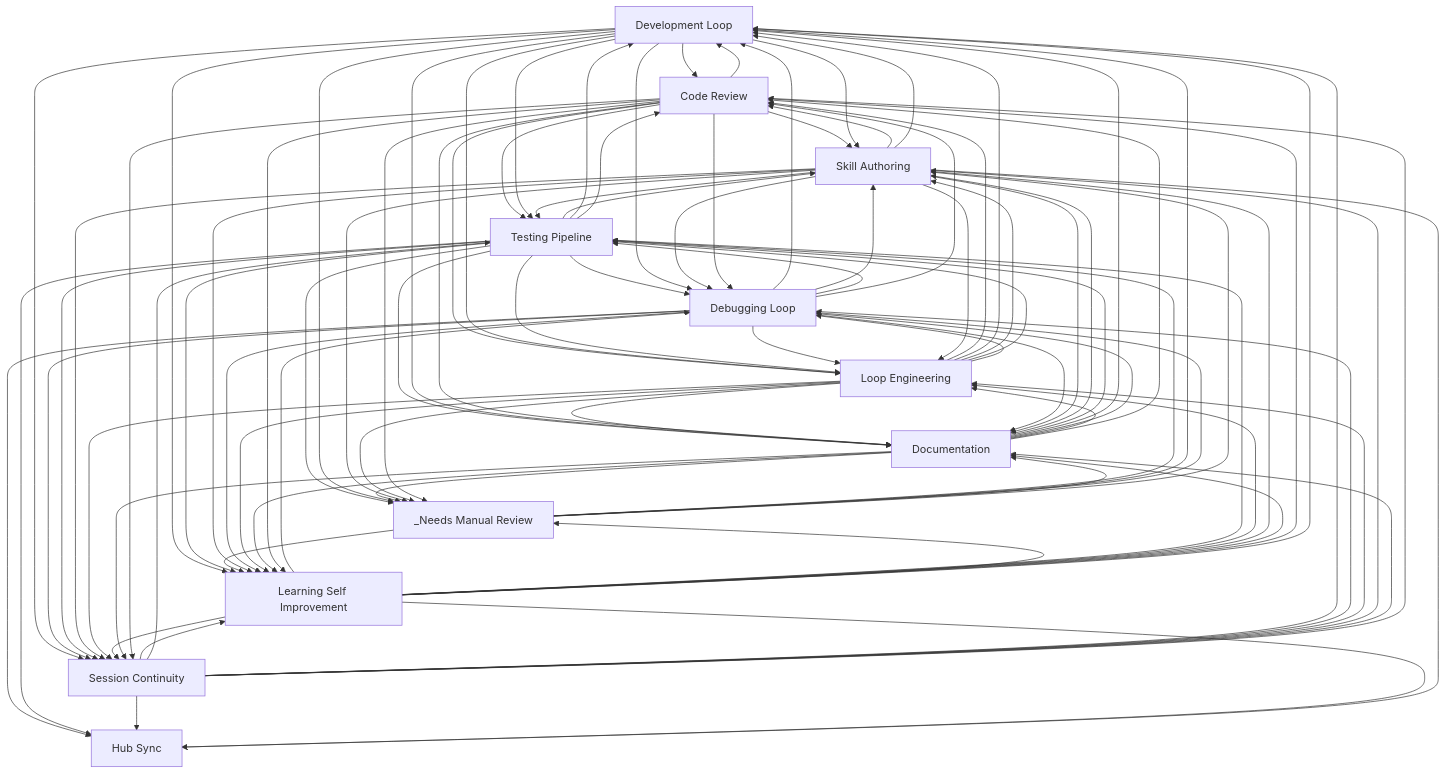
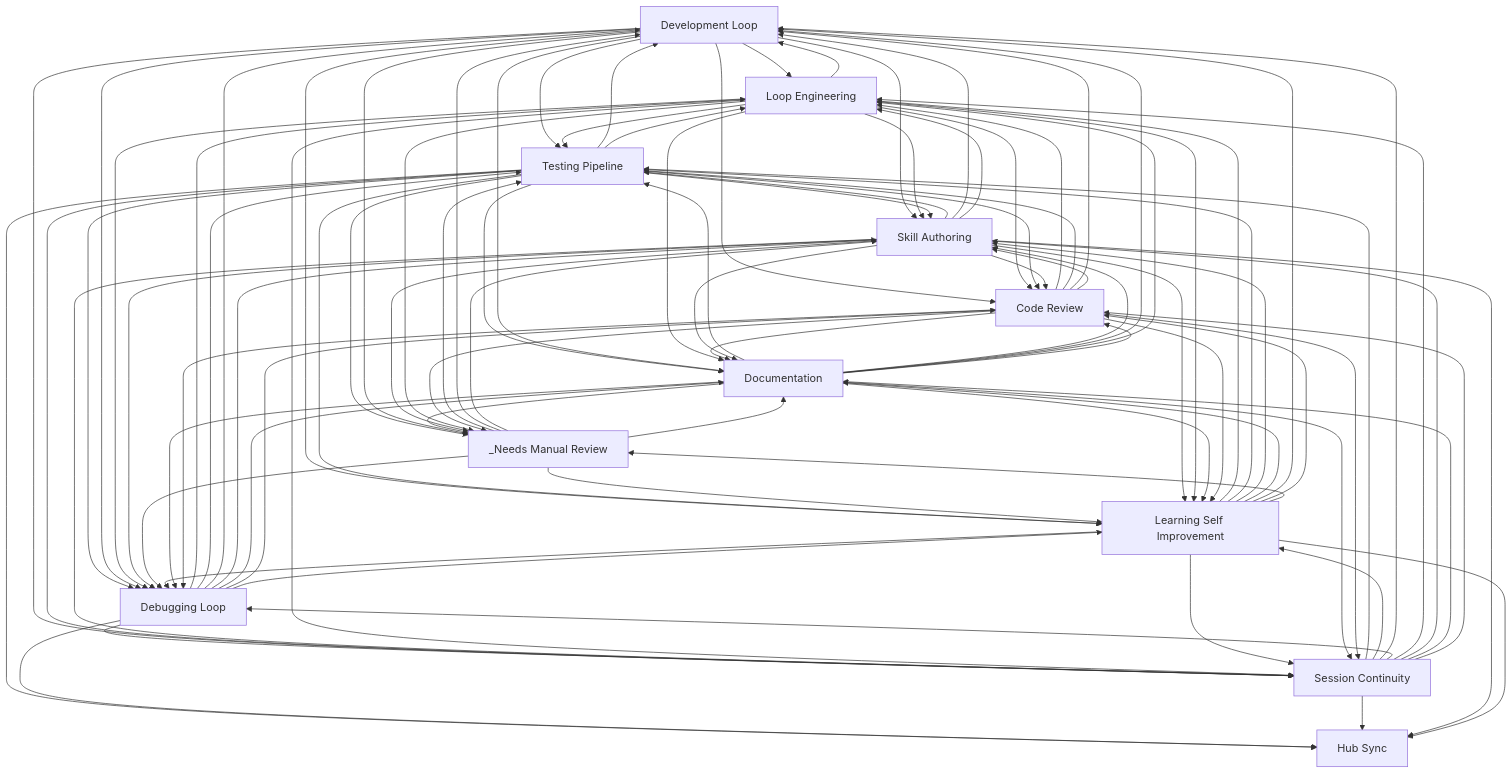
The diagram in docs/workflows/INDEX.md (abhayla/claude-best-practices), drawn with Mermaid before and after one commit. The commit also changed other lines of this file and 13 other files, not shown here.

````diff
--- a/docs/workflows/INDEX.md
+++ b/docs/workflows/INDEX.md
@@ -33,20 +33,20 @@
     documentation[Documentation]
     hub_sync[Hub Sync]
     _needs_manual_review[_Needs Manual Review]
-    loop_engineering --> code_review
+    code_review --> loop_engineering
+    code_review --> testing_pipeline
+    code_review --> development_loop
+    code_review --> skill_authoring
+    development_loop --> loop_engineering
+    development_loop --> testing_pipeline
+    development_loop --> skill_authoring
+    development_loop --> code_review
+    loop_engineering --> testing_pipeline
     loop_engineering --> development_loop
     loop_engineering --> skill_authoring
-    loop_engineering --> testing_pipeline
-    code_review --> development_loop
-    code_review --> skill_authoring
-    code_review --> testing_pipeline
-    code_review --> loop_engineering
-    development_loop --> code_review
-    development_loop --> skill_authoring
-    development_loop --> testing_pipeline
-    development_loop --> loop_engineering
+    loop_engineering --> code_review
+    testing_pipeline --> skill_authoring
     skill_authoring --> testing_pipeline
-    testing_pipeline --> skill_authoring
     testing_pipeline --> development_loop
     _needs_manual_review --> testing_pipeline
     _needs_manual_review --> development_loop
@@ -54,73 +54,73 @@
     testing_pipeline --> loop_engineering
     testing_pipeline --> documentation
     testing_pipeline --> code_review
+    debugging_loop --> loop_engineering
+    debugging_loop --> testing_pipeline
     debugging_loop --> development_loop
     debugging_loop --> skill_authoring
-    debugging_loop --> testing_pipeline
-    debugging_loop --> loop_engineering
     development_loop --> debugging_loop
     development_loop --> documentation
     loop_engineering --> documentation
-    skill_authoring --> loop_engineering
     skill_authoring --> code_review
     skill_authoring --> development_loop
+    skill_authoring --> loop_engineering
+    documentation --> testing_pipeline
     documentation --> skill_authoring
-    documentation --> testing_pipeline
     documentation --> development_loop
     testing_pipeline --> _needs_manual_review
     development_loop --> _needs_manual_review
     code_review --> documentation
+    session_continuity --> testing_pipeline
     session_continuity --> learning_self_improvement
-    session_continuity --> testing_pipeline
+    development_loop --> learning_self_improvement
     development_loop --> session_continuity
-    development_loop --> learning_self_improvement
     testing_pipeline --> learning_self_improvement
     _needs_manual_review --> learning_self_improvement
     loop_engineering --> debugging_loop
+    testing_pipeline --> session_continuity
+    testing_pipeline --> hub_sync
     debugging_loop --> session_continuity
     debugging_loop --> hub_sync
-    testing_pipeline --> session_continuity
-    testing_pipeline --> hub_sync
     debugging_loop --> documentation
     debugging_loop --> code_review
+    skill_authoring --> session_continuity
     session_continuity --> development_loop
-    skill_authoring --> session_continuity
     skill_authoring --> learning_self_improvement
+    skill_authoring --> debugging_loop
     session_continuity --> debugging_loop
     session_continuity --> loop_engineering
-    skill_authoring --> debugging_loop
     loop_engineering --> session_continuity
     _needs_manual_review --> debugging_loop
     debugging_loop --> learning_self_improvement
     skill_authoring --> documentation
+    _needs_manual_review --> skill_authoring
     _needs_manual_review --> documentation
-    _needs_manual_review --> skill_authoring
     documentation --> _needs_manual_review
     learning_self_improvement --> debugging_loop
+    learning_self_improvement --> loop_engineering
     learning_self_improvement --> testing_pipeline
     learning_self_improvement --> session_continuity
-    learning_self_improvement --> loop_engineering
     learning_self_improvement --> skill_authoring
     learning_self_improvement --> documentation
+    learning_self_improvement --> development_loop
     learning_self_improvement --> code_review
-    learning_self_improvement --> development_loop
     skill_authoring --> _needs_manual_review
     session_continuity --> skill_authoring
     session_continuity --> hub_sync
     session_continuity --> documentation
     session_continuity --> code_review
     learning_self_improvement --> _needs_manual_review
+    skill_authoring --> hub_sync
     learning_self_improvement --> hub_sync
-    skill_authoring --> hub_sync
     loop_engineering --> learning_self_improvement
     loop_engineering --> _needs_manual_review
     documentation --> debugging_loop
     documentation --> loop_engineering
     code_review --> debugging_loop
     documentation --> code_review
+    documentation --> learning_self_improvement
     documentation --> session_continuity
-    documentation --> learning_self_improvement
+    code_review --> learning_self_improvement
     code_review --> session_continuity
-    code_review --> learning_self_improvement
     code_review --> _needs_manual_review
 ```
````
